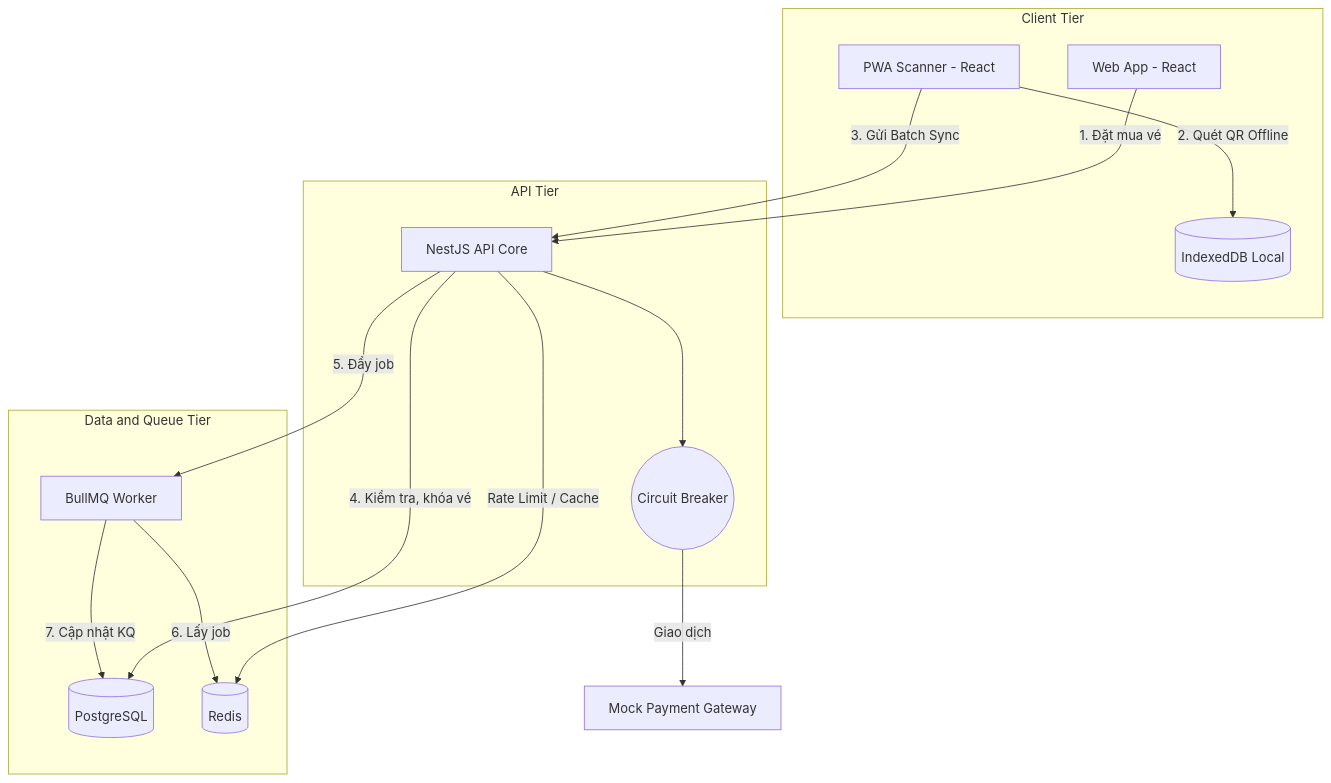
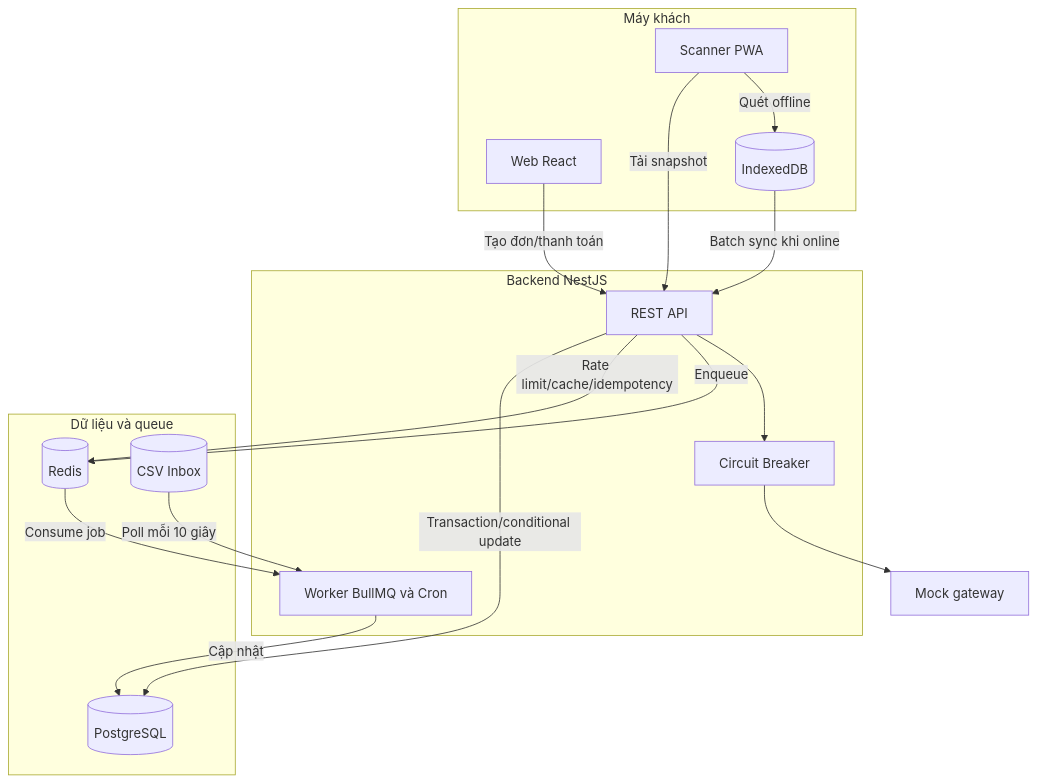
Before and after one commit to d1nhnguyen/ticketbox: the third of 5 diagrams in blueprint/design.md, drawn with Mermaid. The commit also changed other lines of this file and 9 other files, not shown here.

````diff
--- a/blueprint/design.md
+++ b/blueprint/design.md
@@ -86,34 +81,30 @@
 ```mermaid
-%%{init: {'flowchart': {'nodeSpacing': 60, 'rankSpacing': 90, 'curve': 'basis'}}}%%
-graph TD
-    subgraph ClientTier["Client Tier"]
-        W[Web App - React]
-        P[PWA Scanner - React]
-        IDB[(IndexedDB Local)]
-    end
+flowchart TD
+  subgraph Client[Máy khách]
+    WEB[Web React]
+    PWA[Scanner PWA]
+    IDB[(IndexedDB)]
+  end
+  subgraph Backend[Backend NestJS]
+    API[REST API]
+    CB[Circuit Breaker]
+    WK[Worker BullMQ và Cron]
+  end
+  subgraph Data[Dữ liệu và queue]
+    PG[(PostgreSQL)]
+    RD[(Redis)]
+    CSV[(CSV Inbox)]
+  end
 
-    subgraph APITier["API Tier"]
-        API[NestJS API Core]
-        CB((Circuit Breaker))
-    end
-
-    subgraph DataQueueTier["Data and Queue Tier"]
-        PG[(PostgreSQL)]
-        RD[(Redis)]
-        WQ[BullMQ Worker]
-    end
-
-    W -->|"1. Đặt mua vé"| API
-    P -->|"2. Quét QR Offline"| IDB
-    P -->|"3. Gửi Batch Sync"| API
-
-    API -->|"4. Kiểm tra, khóa vé"| PG
-    API -->|"Rate Limit / Cache"| RD
-    API -->|"5. Đẩy job"| WQ
-
-    WQ -->|"6. Lấy job"| RD
-    WQ -->|"7. Cập nhật KQ"| PG
-
-    API --> CB
-    CB -->|"Giao dịch"| MockGateway[Mock Payment Gateway]
+  WEB -->|Tạo đơn/thanh toán| API
+  PWA -->|Tải snapshot| API
+  PWA -->|Quét offline| IDB
+  IDB -->|Batch sync khi online| API
+  API -->|Transaction/conditional update| PG
+  API -->|Rate limit/cache/idempotency| RD
+  API -->|Enqueue| RD
+  RD -->|Consume job| WK
+  WK -->|Cập nhật| PG
+  CSV -->|Poll mỗi 10 giây| WK
+  API --> CB --> MOCK[Mock gateway]
 ```
````
